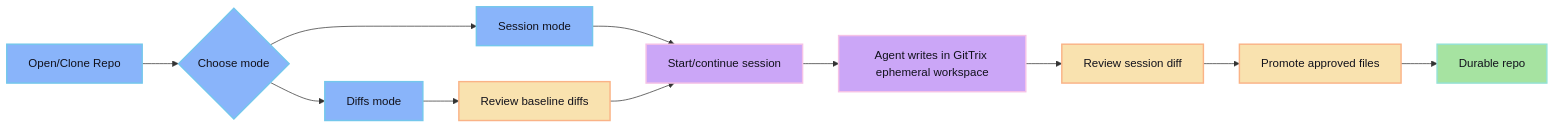
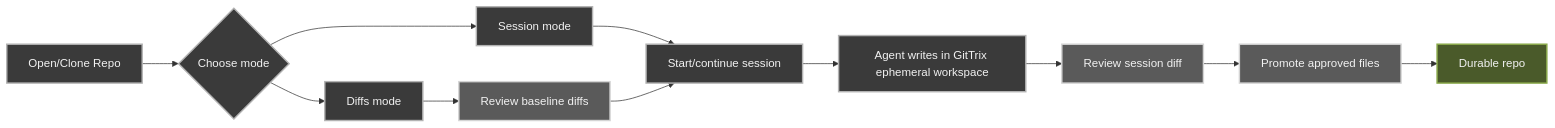
Before and after one commit to cloudboy-jh/glib-code-docs: the diagram in src/content/docs/getting-started.md, drawn with Mermaid. The commit also changed 15 other files, not shown here.

````diff
--- a/src/content/docs/getting-started.md
+++ b/src/content/docs/getting-started.md
@@ -14,23 +14,23 @@
 ```mermaid
 flowchart LR
   Repo["Open/Clone Repo"] --> Mode{"Choose mode"}
   Mode --> Diffs["Diffs mode"]
   Mode --> Session["Session mode"]
   Diffs --> ReviewBase["Review baseline diffs"]
   Session --> Start["Start/continue session"]
   ReviewBase --> Start
   Start --> Work["Agent writes in GitTrix ephemeral workspace"]
   Work --> Review["Review session diff"]
   Review --> Promote["Promote approved files"]
   Promote --> Durable["Durable repo"]
 
-  classDef surface fill:#89b4fa,stroke:#74c7ec,color:#11111b,stroke-width:2px
-  classDef core fill:#cba6f7,stroke:#f5c2e7,color:#11111b,stroke-width:2px
-  classDef review fill:#f9e2af,stroke:#fab387,color:#11111b,stroke-width:2px
-  classDef durable fill:#a6e3a1,stroke:#94e2d5,color:#11111b,stroke-width:2px
+  classDef surface fill:#3a3a3a,stroke:#b3b3b3,color:#f2f2f2,stroke-width:2px
+  classDef core fill:#3a3a3a,stroke:#b3b3b3,color:#f2f2f2,stroke-width:2px
+  classDef review fill:#5a5a5a,stroke:#d4d4d4,color:#f2f2f2,stroke-width:2px
+  classDef durable fill:#4a5a2a,stroke:#8aaa4a,color:#f2f2f2,stroke-width:2px
 
   class Repo,Mode,Diffs,Session surface
   class Start,Work core
   class ReviewBase,Review,Promote review
   class Durable durable
 ```
````
